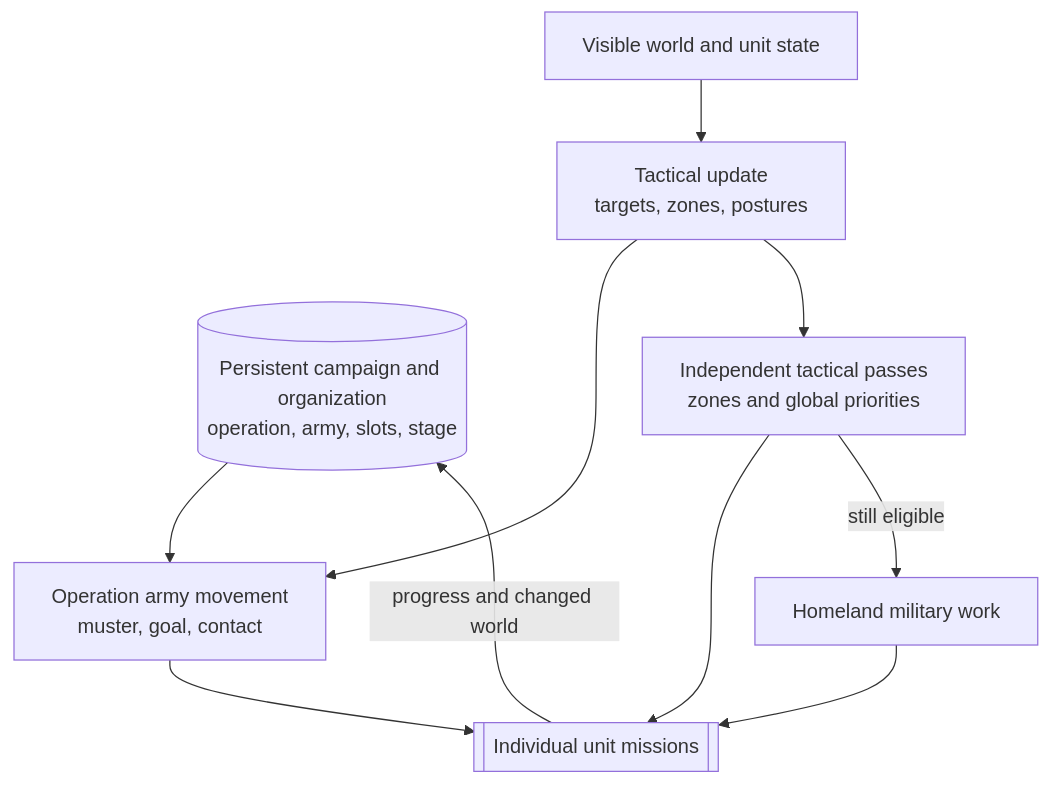
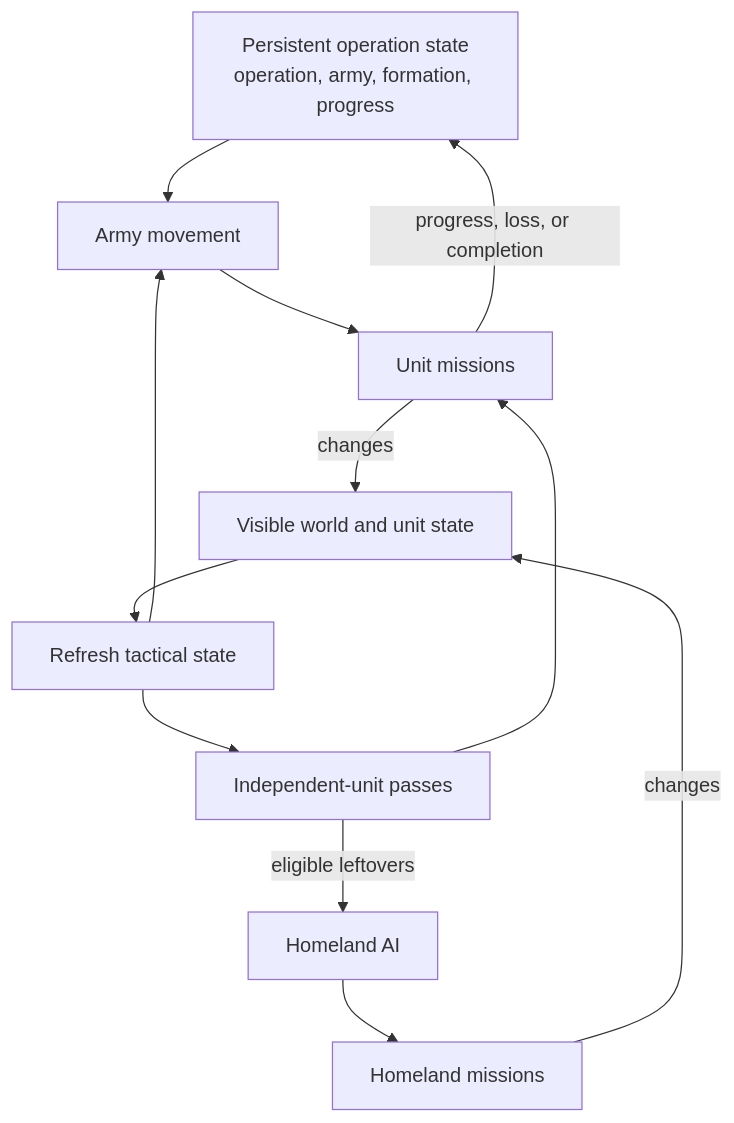
One commit to vox-deorum/vox-deorum changed the diagram in docs/developers/civ5-dll/unit-ai/military-tactics.md. Above: the diagram before and after it, drawn with Mermaid. The commit also changed other lines of this file and 12 other files, not shown here.

````diff
--- a/docs/developers/civ5-dll/unit-ai/military-tactics.md
+++ b/docs/developers/civ5-dll/unit-ai/military-tactics.md
@@ -22,20 +17,14 @@
 ```mermaid
 flowchart TD
-    P[(Persistent campaign and organization<br/>operation, army, slots, stage)]
-    W[Visible world and unit state]
-    U[Tactical update<br/>targets, zones, postures]
-    A[Operation army movement<br/>muster, goal, contact]
-    I[Independent tactical passes<br/>zones and global priorities]
-    M[[Individual unit missions]]
-    H[Homeland military work]
-
-    P --> A
-    W --> U
-    U --> A
-    U --> I
-    A --> M
+    P[Persistent operation state<br/>operation, army, formation, progress] --> A[Army movement]
+    W[Visible world and unit state] --> D[Refresh tactical state]
+    D --> A
+    D --> I[Independent-unit passes]
+    A --> M[Unit missions]
     I --> M
-    I -->|still eligible| H
-    H --> M
-    M -->|progress and changed world| P
+    I -->|eligible leftovers| H[Homeland AI]
+    H --> HM[Homeland missions]
+    M -->|changes| W
+    HM -->|changes| W
+    M -->|progress, loss, or completion| P
 ```
````
